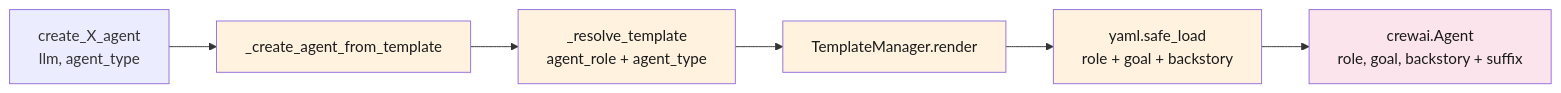
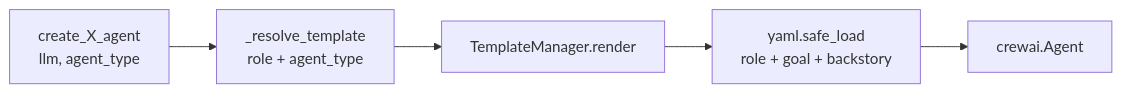
Before and after one commit to Dockdep/LessonHub: the first of 2 diagrams in diagrams/ai/04-agents.md, drawn with Mermaid. The commit also changed other lines of this file and 36 other files, not shown here.

````diff
--- a/diagrams/ai/04-agents.md
+++ b/diagrams/ai/04-agents.md
@@ -22,18 +22,10 @@
 ```mermaid
 flowchart LR
-  classDef tm fill:#fff3e0,color:#1a1a1a
-  classDef agent fill:#fce4ec,color:#1a1a1a
+  factory[create_X_agent<br/>llm, agent_type]
+  resolve[_resolve_template<br/>role + agent_type]
+  tm[TemplateManager.render]
+  yaml[yaml.safe_load<br/>role + goal + backstory]
+  agent[crewai.Agent]
 
-  factory[create_X_agent<br/>llm, agent_type]
-  util[_create_agent_from_template]:::tm
-  resolve[_resolve_template<br/>agent_role + agent_type]:::tm
-  tm[TemplateManager.render]:::tm
-  yaml[yaml.safe_load<br/>role + goal + backstory]:::tm
-  agent[crewai.Agent<br/>role, goal, backstory + suffix]:::agent
-
-  factory --> util
-  util --> resolve
-  resolve --> tm
-  tm --> yaml
-  yaml --> agent
+  factory --> resolve --> tm --> yaml --> agent
 ```
````
